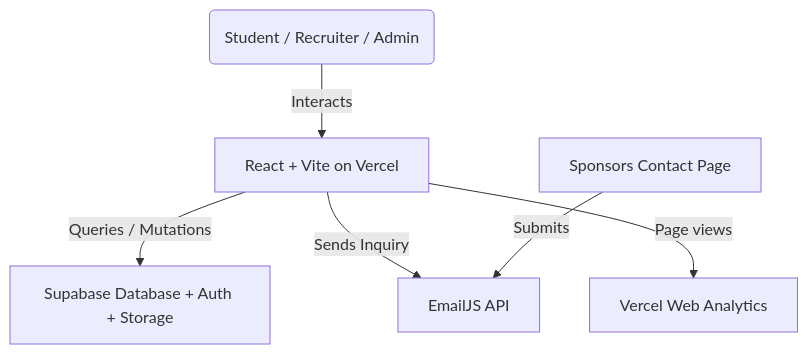
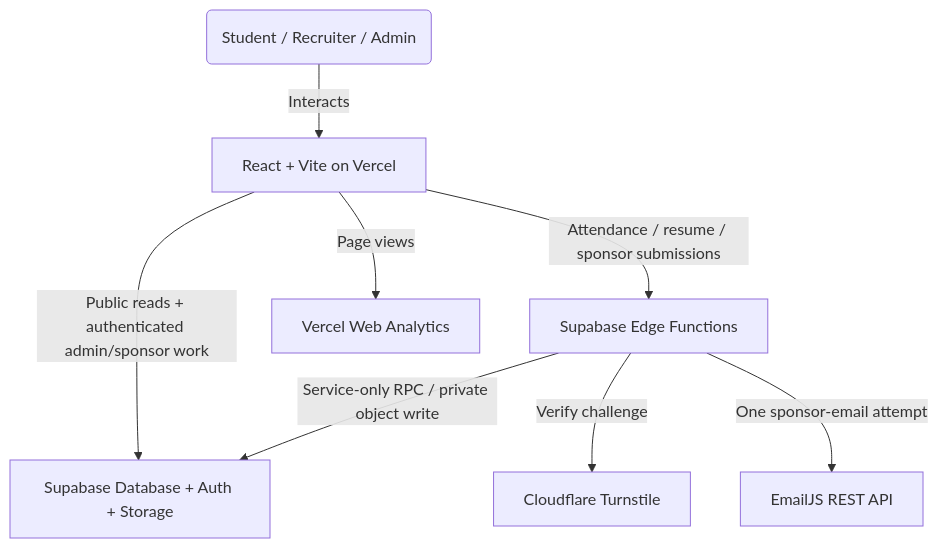
The diagram in HANDOFF.md (leo205/SHPE_OSU), drawn with Mermaid before and after one commit. The commit also changed other lines of this file and 72 other files, not shown here.

Commit message:
feat: harden public submission flows

````diff
--- a/HANDOFF.md
+++ b/HANDOFF.md
@@ -62,8 +91,10 @@
 ```mermaid
 graph TD
     User(Student / Recruiter / Admin) -->|Interacts| Frontend[React + Vite on Vercel]
-    Frontend -->|Queries / Mutations| Supabase[Supabase Database + Auth + Storage]
-    Frontend -->|Sends Inquiry| EmailJS[EmailJS API]
+    Frontend -->|Public reads + authenticated admin/sponsor work| Supabase[Supabase Database + Auth + Storage]
+    Frontend -->|Attendance / resume / sponsor submissions| Edge[Supabase Edge Functions]
+    Edge -->|Verify challenge| Turnstile[Cloudflare Turnstile]
+    Edge -->|Service-only RPC / private object write| Supabase
+    Edge -->|One sponsor-email attempt| EmailJS[EmailJS REST API]
     Frontend -->|Page views| Analytics[Vercel Web Analytics]
-    SponsorForm[Sponsors Contact Page] -->|Submits| EmailJS
 ```
````
